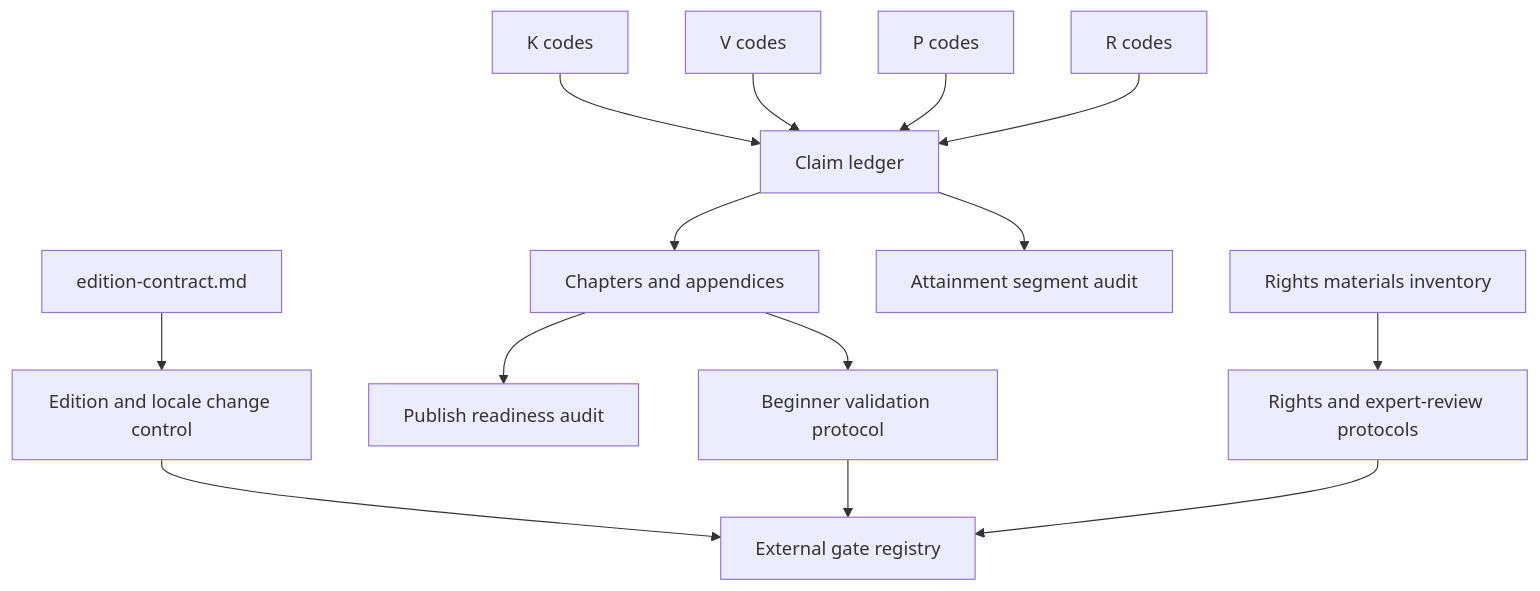
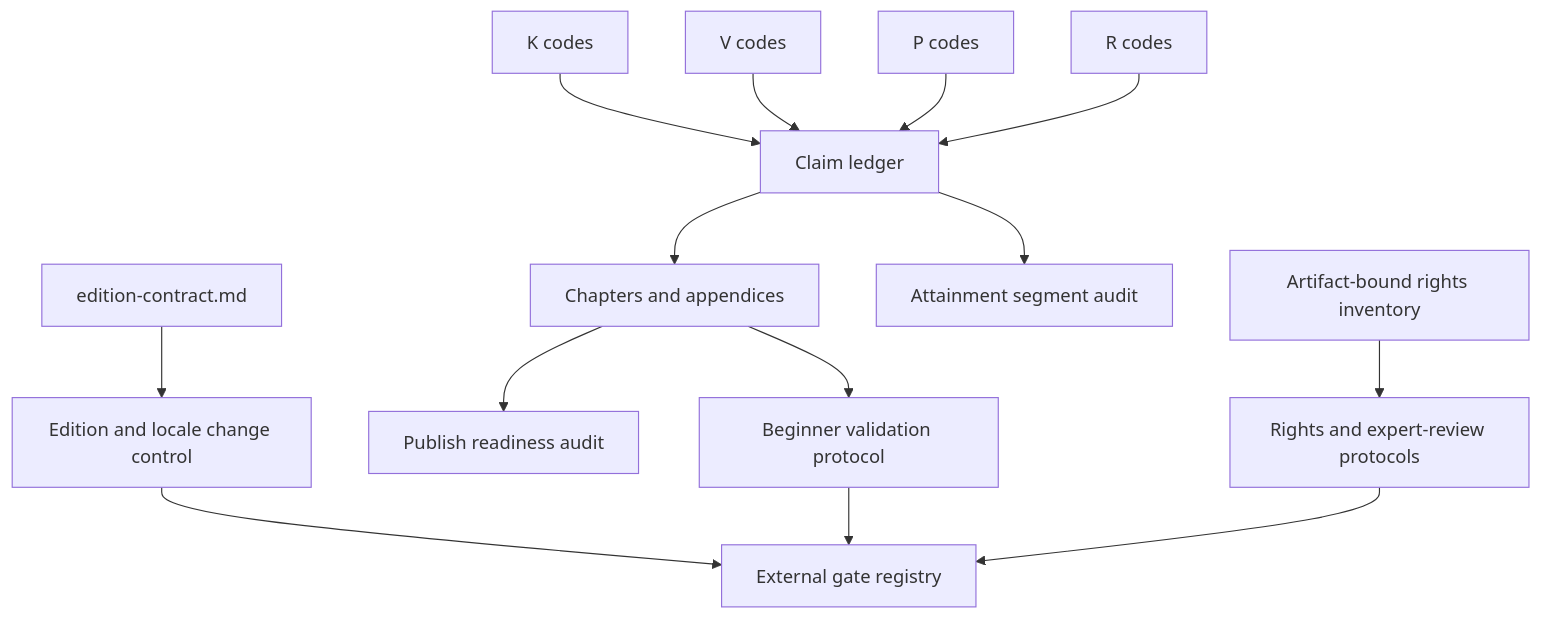
Before and after one commit to streamentry/streamentry: the second of 3 diagrams in book/references/AGENTS.md, drawn with Mermaid. The commit also changed other lines of this file and 12 other files, not shown here.

Commit message:
Bind rights inventory to release artifacts

````diff
--- a/book/references/AGENTS.md
+++ b/book/references/AGENTS.md
@@ -58,16 +58,16 @@
 ```mermaid
 flowchart TB
   D["edition-contract.md"] --> E["Edition and locale change control"]
   K["K codes"] --> L["Claim ledger"]
   V["V codes"] --> L
   P["P codes"] --> L
   R["R codes"] --> L
   L --> C["Chapters and appendices"]
   L --> A["Attainment segment audit"]
   C --> Q["Publish readiness audit"]
   C --> U["Beginner validation protocol"]
-  I["Rights materials inventory"] --> X["Rights and expert-review protocols"]
+  RI["Artifact-bound rights inventory"] --> X["Rights and expert-review protocols"]
   X --> G["External gate registry"]
   E --> G
   U --> G
 ```
````
